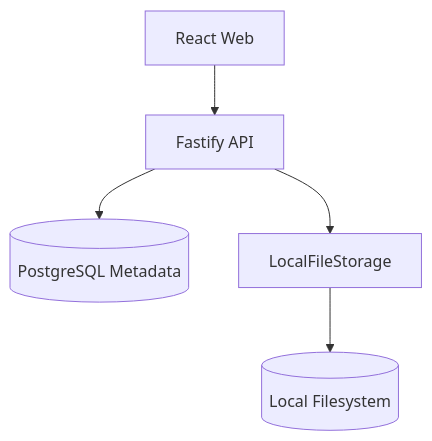
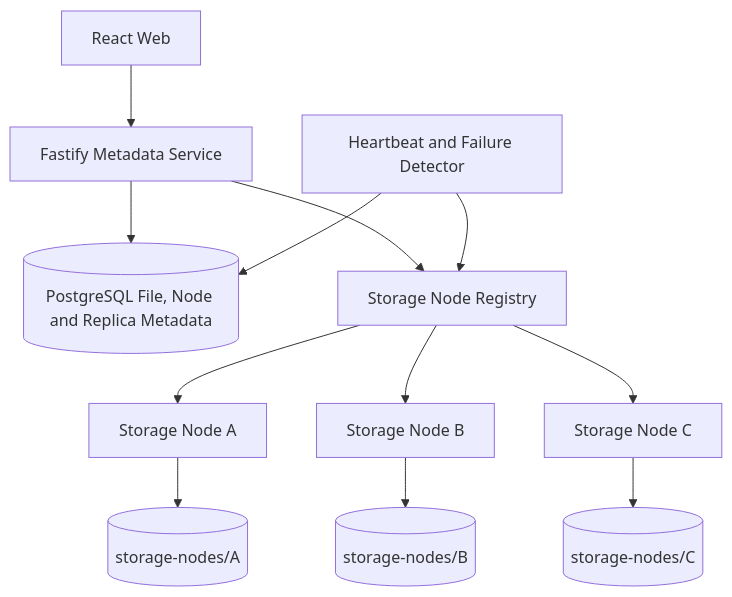
One commit to LutaoZheng/DepotDrive changed the first of 2 diagrams in README.md. Above: the diagram before and after it, drawn with Mermaid. The commit also changed other lines of this file and 34 other files, not shown here.

````diff
--- a/README.md
+++ b/README.md
@@ -26,7 +28,14 @@
 ```mermaid
 flowchart TD
-  Web[React Web] --> API[Fastify API]
-  API --> DB[(PostgreSQL Metadata)]
-  API --> Storage[LocalFileStorage]
-  Storage --> FS[(Local Filesystem)]
+  Web[React Web] --> API[Fastify Metadata Service]
+  API --> DB[(PostgreSQL File, Node and Replica Metadata)]
+  API --> Registry[Storage Node Registry]
+  Registry --> A[Storage Node A]
+  Registry --> B[Storage Node B]
+  Registry --> C[Storage Node C]
+  A --> AFS[(storage-nodes/A)]
+  B --> BFS[(storage-nodes/B)]
+  C --> CFS[(storage-nodes/C)]
+  Heartbeat[Heartbeat and Failure Detector] --> Registry
+  Heartbeat --> DB
 ```
````
